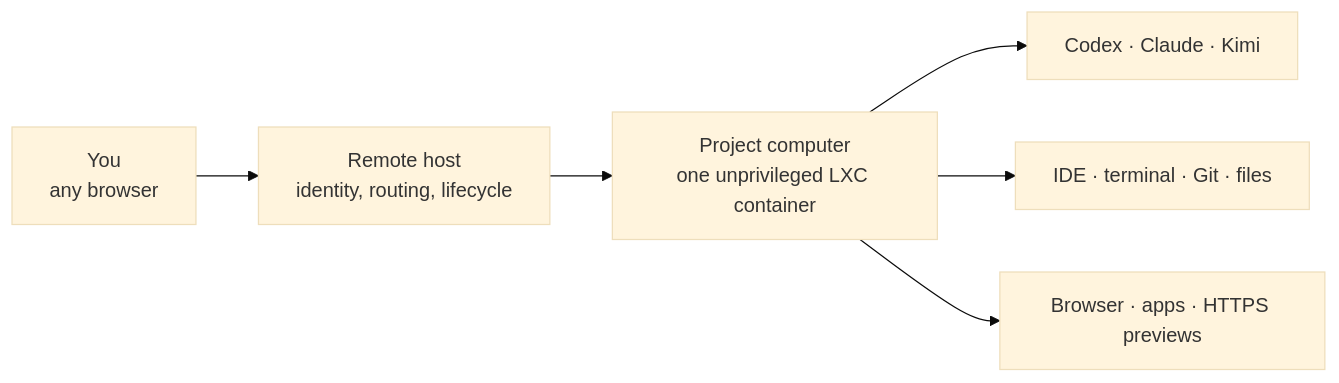
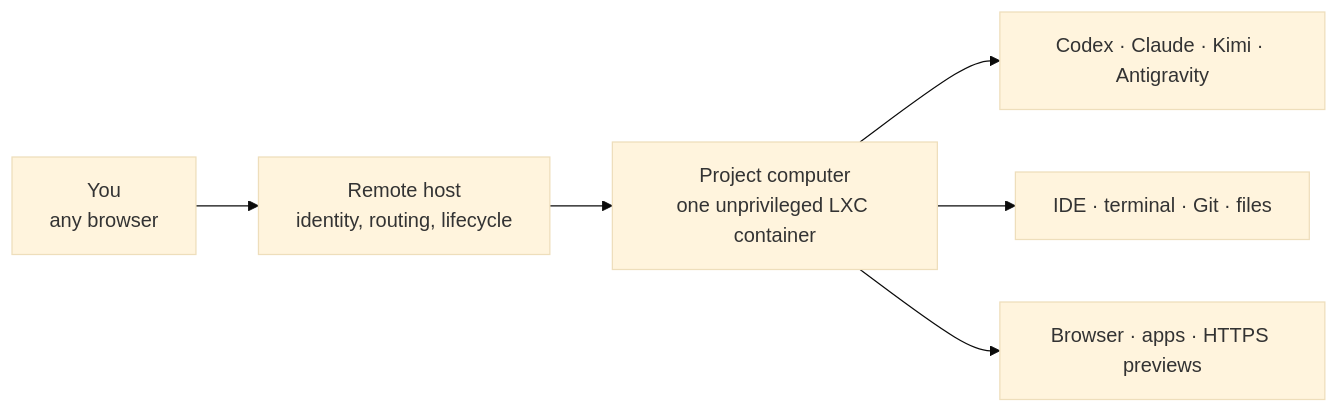
One commit to AbdallahMohamedDotnet/remote.futrx changed the diagram in README.md. Above: the diagram before and after it, drawn with Mermaid (base theme). The commit also changed other lines of this file and 25 other files, not shown here.

````diff
--- a/README.md
+++ b/README.md
@@ -85,8 +86,8 @@
 ```mermaid
 flowchart LR
     A["You<br>any browser"] --> B["Remote host<br>identity, routing, lifecycle"]
     B --> C["Project computer<br>one unprivileged LXC container"]
-    C --> D["Codex · Claude · Kimi"]
+    C --> D["Codex · Claude · Kimi · Antigravity"]
     C --> E["IDE · terminal · Git · files"]
     C --> F["Browser · apps · HTTPS previews"]
 ```
````
